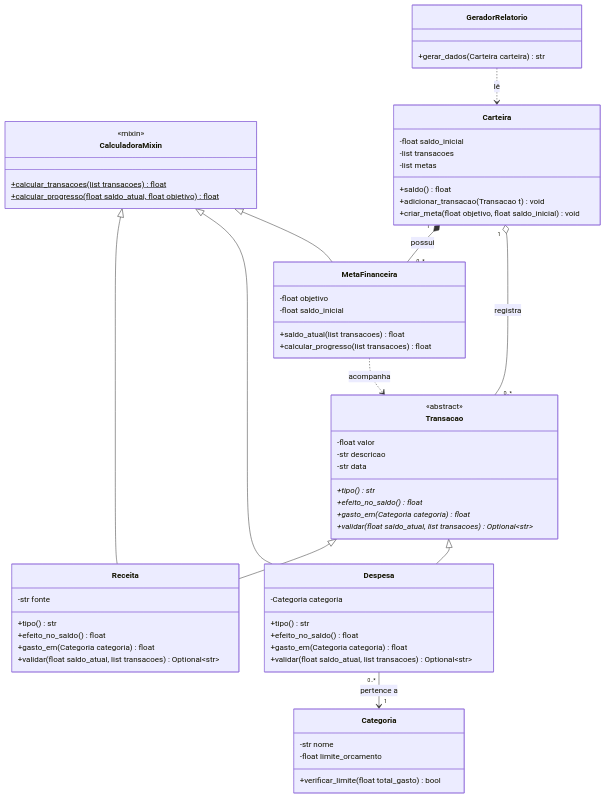
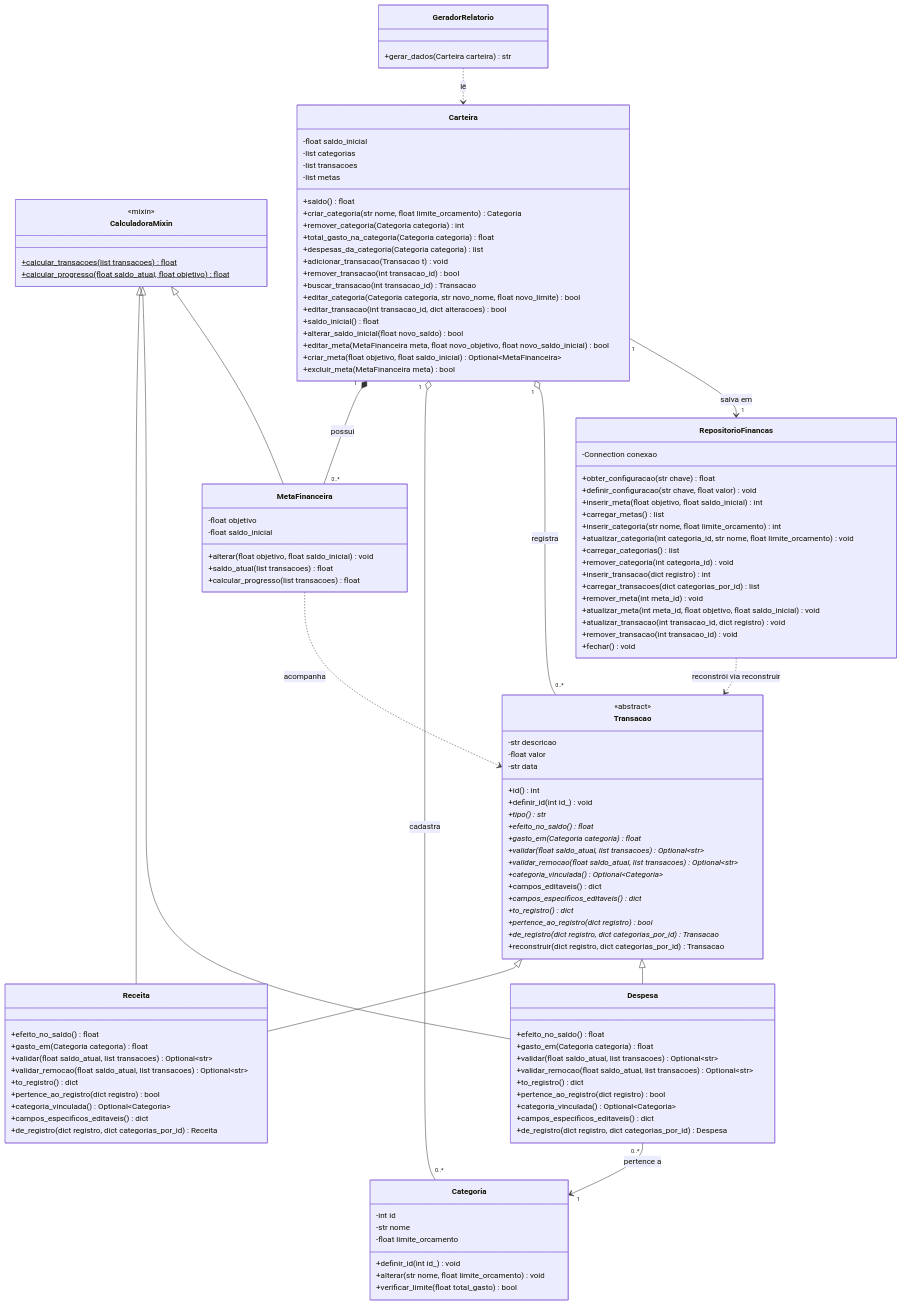
One commit to dallves-pro/projeto-desktop changed the first of 2 diagrams in docs/diagrama_uml.md. Above: the diagram before and after it, drawn with Mermaid. The commit also changed other lines of this file and 13 other files, not shown here.

````diff
--- a/docs/diagrama_uml.md
+++ b/docs/diagrama_uml.md
@@ -8,34 +8,55 @@
 
     class Transacao {
         <<abstract>>
+        -str descricao
         -float valor
-        -str descricao
         -str data
+        +id() int
+        +definir_id(int id_) void
         +tipo()* str
         +efeito_no_saldo()* float
         +gasto_em(Categoria categoria)* float
         +validar(float saldo_atual, list transacoes)* Optional~str~
+        +validar_remocao(float saldo_atual, list transacoes)* Optional~str~
+        +categoria_vinculada()* Optional~Categoria~
+        +campos_editaveis() dict
+        +campos_especificos_editaveis()* dict
+        +to_registro()* dict
+        +pertence_ao_registro(dict registro)* bool
+        +de_registro(dict registro, dict categorias_por_id)* Transacao
+        +reconstruir(dict registro, dict categorias_por_id) Transacao
     }
 
     class Receita {
-        -str fonte
-        +tipo() str
         +efeito_no_saldo() float
         +gasto_em(Categoria categoria) float
         +validar(float saldo_atual, list transacoes) Optional~str~
+        +validar_remocao(float saldo_atual, list transacoes) Optional~str~
+        +to_registro() dict
+        +pertence_ao_registro(dict registro) bool
+        +categoria_vinculada() Optional~Categoria~
+        +campos_especificos_editaveis() dict
+        +de_registro(dict registro, dict categorias_por_id) Receita
     }
 
     class Despesa {
-        -Categoria categoria
-        +tipo() str
         +efeito_no_saldo() float
         +gasto_em(Categoria categoria) float
         +validar(float saldo_atual, list transacoes) Optional~str~
+        +validar_remocao(float saldo_atual, list transacoes) Optional~str~
+        +to_registro() dict
+        +pertence_ao_registro(dict registro) bool
+        +categoria_vinculada() Optional~Categoria~
+        +campos_especificos_editaveis() dict
+        +de_registro(dict registro, dict categorias_por_id) Despesa
     }
 
     class Categoria {
+        -int id
         -str nome
         -float limite_orcamento
+        +definir_id(int id_) void
+        +alterar(str nome, float limite_orcamento) void
         +verificar_limite(float total_gasto) bool
     }
 
@@ -48,17 +69,50 @@
     class MetaFinanceira {
         -float objetivo
         -float saldo_inicial
+        +alterar(float objetivo, float saldo_inicial) void
         +saldo_atual(list transacoes) float
         +calcular_progresso(list transacoes) float
     }
 
+    class RepositorioFinancas {
+        -Connection conexao
+        +obter_configuracao(str chave) float
+        +definir_configuracao(str chave, float valor) void
+        +inserir_meta(float objetivo, float saldo_inicial) int
+        +carregar_metas() list
+        +inserir_categoria(str nome, float limite_orcamento) int
+        +atualizar_categoria(int categoria_id, str nome, float limite_orcamento) void
+        +carregar_categorias() list
+        +remover_categoria(int categoria_id) void
+        +inserir_transacao(dict registro) int
+        +carregar_transacoes(dict categorias_por_id) list
+        +remover_meta(int meta_id) void
+        +atualizar_meta(int meta_id, float objetivo, float saldo_inicial) void
+        +atualizar_transacao(int transacao_id, dict registro) void
+        +remover_transacao(int transacao_id) void
+        +fechar() void
+    }
+
     class Carteira {
         -float saldo_inicial
+        -list categorias
         -list transacoes
         -list metas
         +saldo() float
+        +criar_categoria(str nome, float limite_orcamento) Categoria
+        +remover_categoria(Categoria categoria) int
+        +total_gasto_na_categoria(Categoria categoria) float
+        +despesas_da_categoria(Categoria categoria) list
         +adicionar_transacao(Transacao t) void
-        +criar_meta(float objetivo, float saldo_inicial) void
+        +remover_transacao(int transacao_id) bool
+        +buscar_transacao(int transacao_id) Transacao
+        +editar_categoria(Categoria categoria, str novo_nome, float novo_limite) bool
+        +editar_transacao(int transacao_id, dict alteracoes) bool
+        +saldo_inicial() float
+        +alterar_saldo_inicial(float novo_saldo) bool
+        +editar_meta(MetaFinanceira meta, float novo_objetivo, float novo_saldo_inicial) bool
+        +criar_meta(float objetivo, float saldo_inicial) Optional~MetaFinanceira~
+        +excluir_meta(MetaFinanceira meta) bool
     }
 
     class GeradorRelatorio {
@@ -78,10 +132,15 @@
     %% Composição: metas nascem e morrem com a carteira
     Carteira "1" *-- "0..*" MetaFinanceira : possui
 
-    %% Agregação: a carteira referencia as transações cadastradas
+    %% Agregação: a carteira referencia as categorias e as transações cadastradas
+    Carteira "1" o-- "0..*" Categoria : cadastra
     Carteira "1" o-- "0..*" Transacao : registra
+
+    %% Associação: a carteira grava e lê seus dados pelo repositório
+    Carteira "1" --> "1" RepositorioFinancas : salva em
 
     %% Dependências
     MetaFinanceira ..> Transacao : acompanha
+    RepositorioFinancas ..> Transacao : reconstrói via reconstruir
     GeradorRelatorio ..> Carteira : lê
 ```
````
